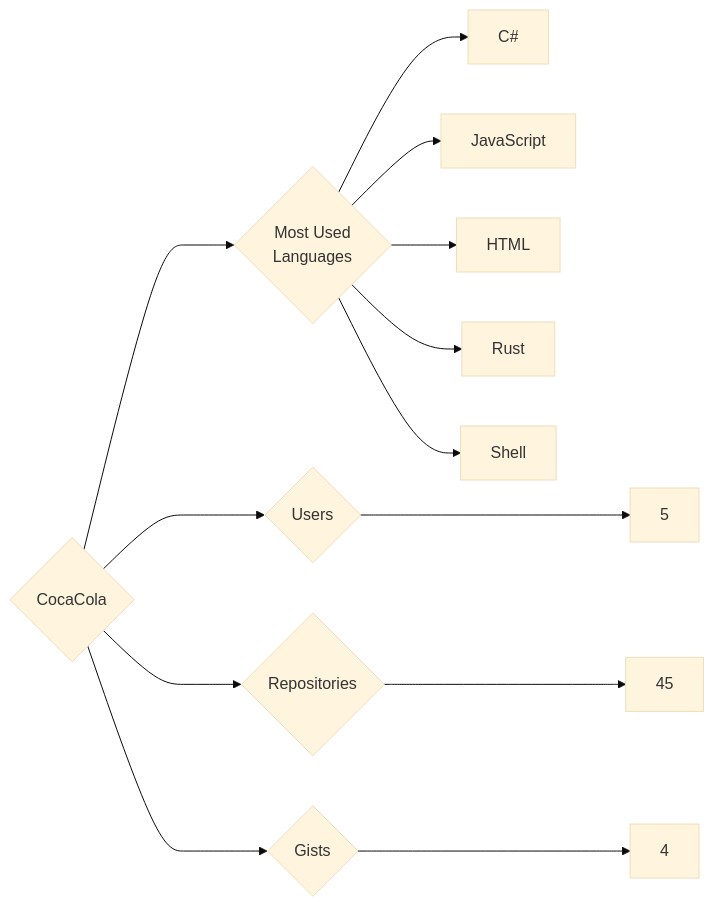
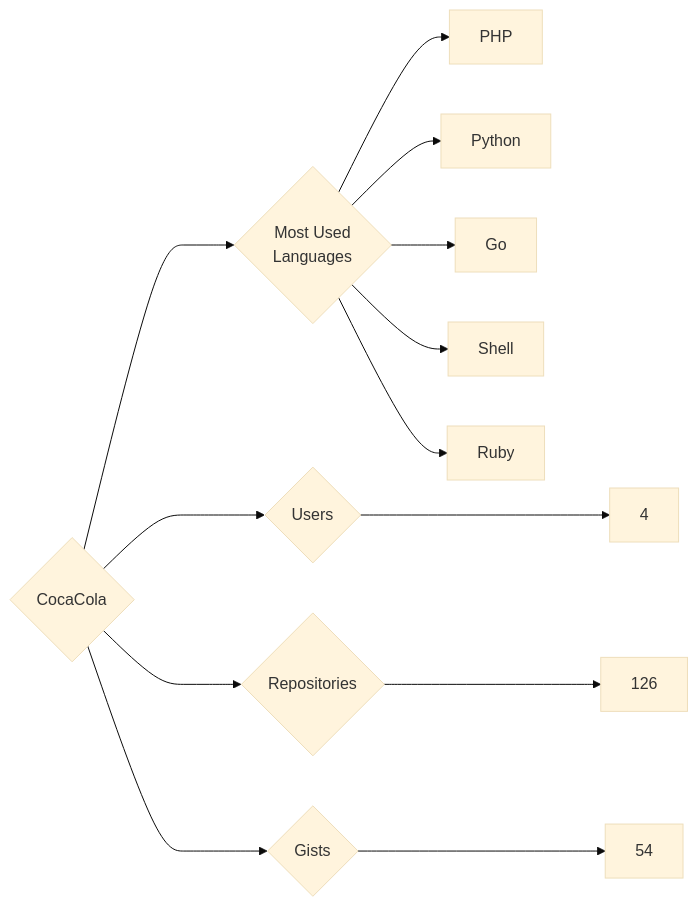
One commit to trickest/insiders changed the diagram in targets/CocaCola/README.md. Above: the diagram before and after it, drawn with Mermaid (base theme). The commit also changed 998 other files, not shown here.

````diff
--- a/targets/CocaCola/README.md
+++ b/targets/CocaCola/README.md
@@ -3,13 +3,13 @@
 ```mermaid
 graph LR
 COMPANY_NAME{CocaCola}
-COMPANY_NAME ---> U{Users} ---> UN[5]
-COMPANY_NAME ---> R{Repositories} ---> RN[45]
-COMPANY_NAME ---> G{Gists} ---> GN[4]
+COMPANY_NAME ---> U{Users} ---> UN[4]
+COMPANY_NAME ---> R{Repositories} ---> RN[126]
+COMPANY_NAME ---> G{Gists} ---> GN[54]
 COMPANY_NAME ---> ML{Most Used<br>Languages}
-ML --> C#[C#]
-ML --> JavaScript[JavaScript]
-ML --> HTML[HTML]
-ML --> Rust[Rust]
+ML --> PHP[PHP]
+ML --> Python[Python]
+ML --> Go[Go]
 ML --> Shell[Shell]
+ML --> Ruby[Ruby]
 ```
````
